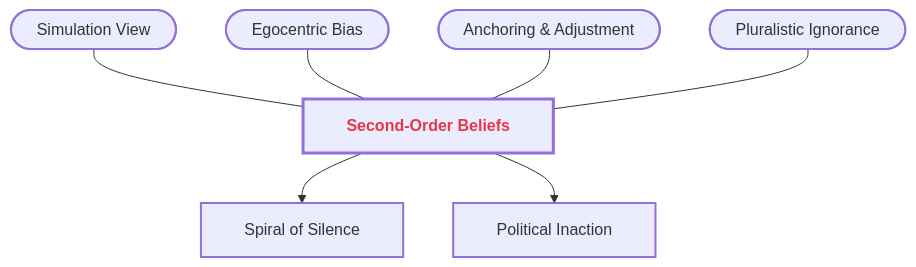
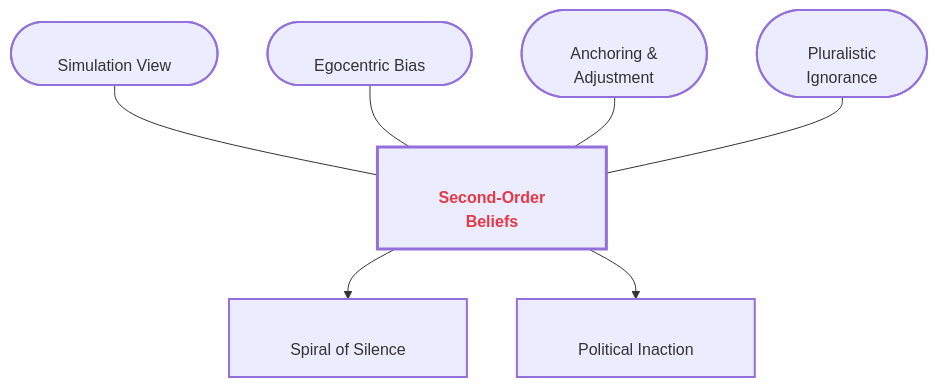
One commit to GM024/CourseSummaries changed the second of 8 diagrams in Communication_Influence/Mastery_Guide_SOW_BS033.md. Above: the diagram before and after it, drawn with Mermaid. The commit also changed other lines of this file, not shown here.

Commit message:
GitHub-Hardened V2: 12px font and 10-space buffers for zero-clipping guarantee

````diff
--- a/Communication_Influence/Mastery_Guide_SOW_BS033.md
+++ b/Communication_Influence/Mastery_Guide_SOW_BS033.md
@@ -68,16 +68,16 @@
 ```mermaid
-%%{init: { 'flowchart': { 'useMaxWidth': false, 'htmlLabels': true, 'padding': 20 }, 'theme': 'neutral', 'themeVariables': { 'fontSize': '14px', 'fontFamily': '-apple-system,BlinkMacSystemFont,"Segoe UI",Helvetica,Arial,sans-serif' }}}%%
+%%{init: { 'flowchart': { 'padding': 30, 'useMaxWidth': false, 'htmlLabels': true }, 'theme': 'neutral', 'themeVariables': { 'fontSize': '12px', 'fontFamily': '-apple-system,BlinkMacSystemFont,"Segoe UI",Helvetica,Arial,sans-serif' }}}%%
 graph TD
     classDef sandbox stroke-width:2px;
     classDef hub stroke-width:3px,font-weight:bold;
 
-    Hub["&nbsp;&nbsp; <span style='color:#e63946'><b>Second-Order Beliefs</b></span> &nbsp;&nbsp;"]:::hub
+    Hub["<br/>&nbsp;&nbsp;&nbsp;&nbsp;&nbsp;&nbsp; <span style='color:#e63946'><b>Second-Order</b></span> &nbsp;&nbsp;&nbsp;&nbsp;&nbsp;&nbsp;<br/>&nbsp;&nbsp;&nbsp;&nbsp;&nbsp;&nbsp; <span style='color:#e63946'><b>Beliefs</b></span> &nbsp;&nbsp;&nbsp;&nbsp;&nbsp;&nbsp;<br/>"]:::hub
     
-    S1(["&nbsp;&nbsp; Simulation View &nbsp;&nbsp;"]):::sandbox --- Hub
-    S2(["&nbsp;&nbsp; Egocentric Bias &nbsp;&nbsp;"]):::sandbox --- Hub
-    S3(["&nbsp;&nbsp; Anchoring & Adjustment &nbsp;&nbsp;"]):::sandbox --- Hub
-    S4(["&nbsp;&nbsp; Pluralistic Ignorance &nbsp;&nbsp;"]):::sandbox --- Hub
+    S1(["<br/>&nbsp;&nbsp;&nbsp;&nbsp;&nbsp;&nbsp; Simulation View &nbsp;&nbsp;&nbsp;&nbsp;&nbsp;&nbsp;<br/>"]):::sandbox --- Hub
+    S2(["<br/>&nbsp;&nbsp;&nbsp;&nbsp;&nbsp;&nbsp; Egocentric Bias &nbsp;&nbsp;&nbsp;&nbsp;&nbsp;&nbsp;<br/>"]):::sandbox --- Hub
+    S3(["<br/>&nbsp;&nbsp;&nbsp;&nbsp;&nbsp;&nbsp; Anchoring & &nbsp;&nbsp;&nbsp;&nbsp;&nbsp;&nbsp;<br/>&nbsp;&nbsp;&nbsp;&nbsp;&nbsp;&nbsp; Adjustment &nbsp;&nbsp;&nbsp;&nbsp;&nbsp;&nbsp;<br/>"]):::sandbox --- Hub
+    S4(["<br/>&nbsp;&nbsp;&nbsp;&nbsp;&nbsp;&nbsp; Pluralistic &nbsp;&nbsp;&nbsp;&nbsp;&nbsp;&nbsp;<br/>&nbsp;&nbsp;&nbsp;&nbsp;&nbsp;&nbsp; Ignorance &nbsp;&nbsp;&nbsp;&nbsp;&nbsp;&nbsp;<br/>"]):::sandbox --- Hub
     
-    Hub --> B1["&nbsp;&nbsp; Spiral of Silence &nbsp;&nbsp;"]:::sandbox
-    Hub --> B2["&nbsp;&nbsp; Political Inaction &nbsp;&nbsp;"]:::sandbox
+    Hub --> B1["<br/>&nbsp;&nbsp;&nbsp;&nbsp;&nbsp;&nbsp; Spiral of Silence &nbsp;&nbsp;&nbsp;&nbsp;&nbsp;&nbsp;<br/>"]:::sandbox
+    Hub --> B2["<br/>&nbsp;&nbsp;&nbsp;&nbsp;&nbsp;&nbsp; Political Inaction &nbsp;&nbsp;&nbsp;&nbsp;&nbsp;&nbsp;<br/>"]:::sandbox
 ```
````
